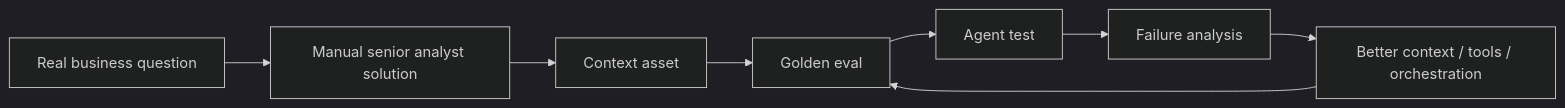
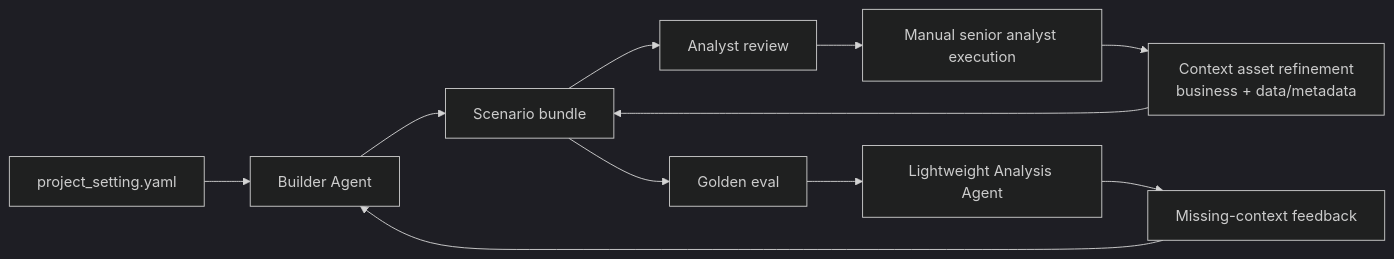
One commit to zhouhang-chn/databricks-ai-dev-kit changed the second of 3 diagrams in docs/builder-app-oai/v0.2-business-analysis/design.md. Above: the diagram before and after it, drawn with Mermaid (dark theme). The commit also changed other lines of this file and 11 other files, not shown here.

Commit message:
Refactor v0.2 builder agent docs

````diff
--- a/docs/builder-app-oai/v0.2-business-analysis/design.md
+++ b/docs/builder-app-oai/v0.2-business-analysis/design.md
@@ -526,12 +661,15 @@
 ```mermaid
 flowchart LR
-  Question["Real business question"]
-  Manual["Manual senior analyst solution"]
-  Context["Context asset"]
+  Setting["project_setting.yaml"]
+  Builder["Builder Agent"]
+  Bundle["Scenario bundle"]
+  Review["Analyst review"]
+  Manual["Manual senior analyst execution"]
+  Context["Context asset refinement\nbusiness + data/metadata"]
   Golden["Golden eval"]
-  Agent["Agent test"]
-  Failure["Failure analysis"]
-  Improve["Better context / tools / orchestration"]
+  Consumer["Lightweight Analysis Agent"]
+  Feedback["Missing-context feedback"]
 
-  Question --> Manual --> Context --> Golden --> Agent --> Failure --> Improve --> Golden
+  Setting --> Builder --> Bundle --> Review --> Manual --> Context --> Bundle
+  Bundle --> Golden --> Consumer --> Feedback --> Builder
 ```
````
